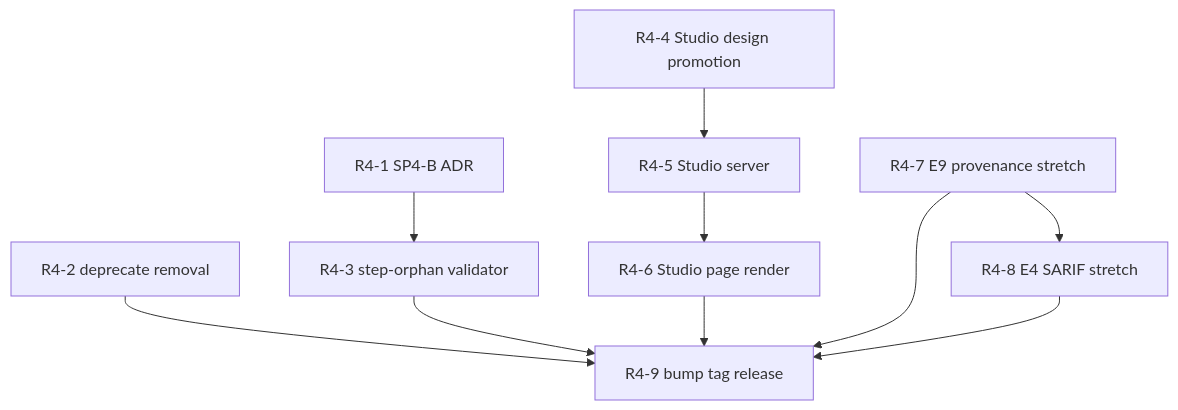
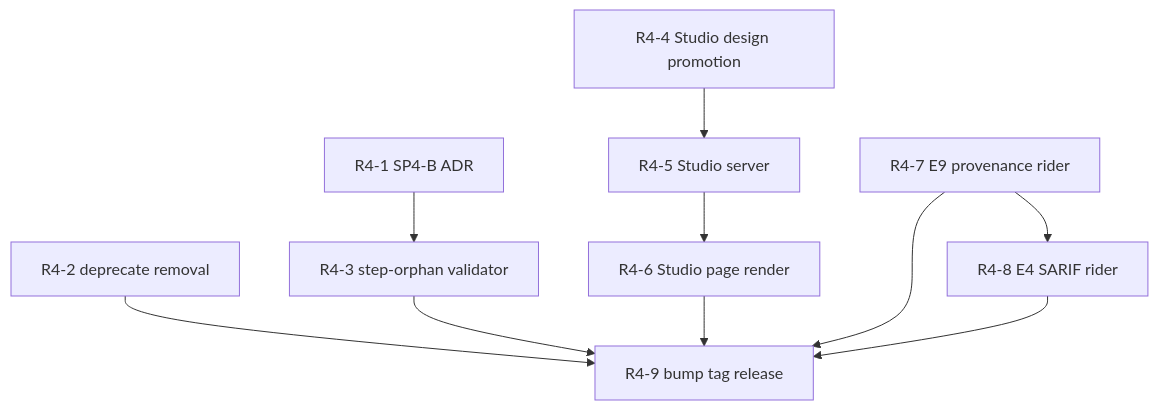
One commit to product-on-purpose/agent-skills-toolkit changed the diagram in docs/internal/execution/04-releases/R4-v1.10.0-manage-and-studio.md. Above: the diagram before and after it, drawn with Mermaid. The commit also changed other lines of this file and 8 other files, not shown here.

````diff
--- a/docs/internal/execution/04-releases/R4-v1.10.0-manage-and-studio.md
+++ b/docs/internal/execution/04-releases/R4-v1.10.0-manage-and-studio.md
@@ -161,12 +161,12 @@
 ```mermaid
 flowchart TD
     A["R4-1 SP4-B ADR"] --> C["R4-3 step-orphan validator"]
     B["R4-2 deprecate removal"] --> Z["R4-9 bump tag release"]
     C --> Z
     D["R4-4 Studio design promotion"] --> E["R4-5 Studio server"]
     E --> F["R4-6 Studio page render"]
     F --> Z
-    G["R4-7 E9 provenance stretch"] --> H["R4-8 E4 SARIF stretch"]
+    G["R4-7 E9 provenance rider"] --> H["R4-8 E4 SARIF rider"]
     G --> Z
     H --> Z
 ```
````
